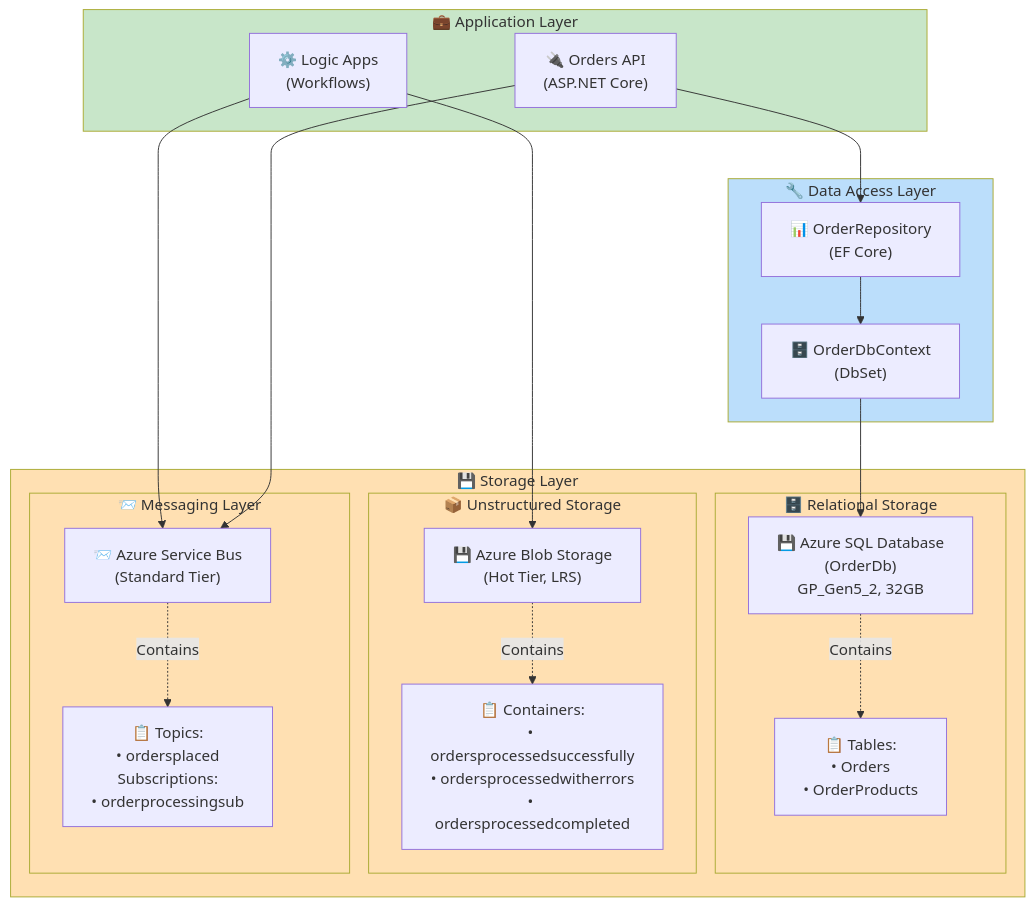
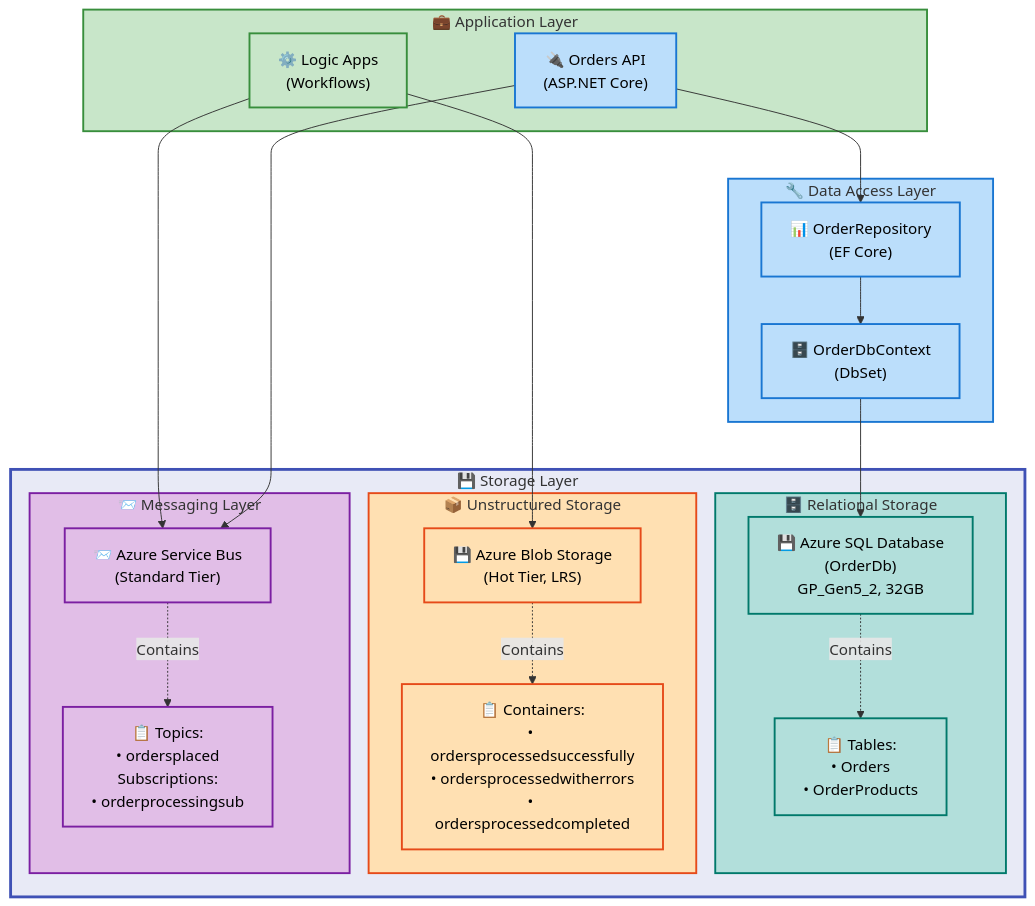
The seventh of 8 diagrams in docs/architecture/data-Architecture.md (Evilazaro/Azure-LogicApps-Monitoring), drawn with Mermaid before and after one commit. The commit also changed other lines of this file and 1 other file, not shown here.

Commit message:
docs: enhance color scheme documentation and accessibility features in data architecture diagrams

````diff
--- a/docs/architecture/data-Architecture.md
+++ b/docs/architecture/data-Architecture.md
@@ -802,54 +912,76 @@
 ```mermaid
 flowchart TB
     accTitle: Data Storage Architecture
     accDescr: Multi-tier storage architecture showing Azure SQL for transactional data, Blob Storage for archival, and Service Bus for messaging
 
+    %% ============================================
+    %% STANDARD COLOR SCHEME v2.1
+    %% ============================================
+    classDef level1Group fill:#E8EAF6,stroke:#3F51B5,stroke-width:3px,color:#000
+    classDef level2Group fill:#C5CAE9,stroke:#3F51B5,stroke-width:2px,color:#000
+    classDef level3Group fill:#9FA8DA,stroke:#3F51B5,stroke-width:2px,color:#000
+    classDef level4Group fill:#7986CB,stroke:#3F51B5,stroke-width:1px,color:#000
+    classDef mainGroup fill:#E8EAF6,stroke:#3F51B5,stroke-width:3px,color:#000
+    classDef subGroup fill:#C5CAE9,stroke:#3F51B5,stroke-width:2px,color:#000
+    classDef mdBlue fill:#BBDEFB,stroke:#1976D2,stroke-width:2px,color:#000
+    classDef mdGreen fill:#C8E6C9,stroke:#388E3C,stroke-width:2px,color:#000
+    classDef mdYellow fill:#FFF9C4,stroke:#F57F17,stroke-width:2px,color:#000
+    classDef mdRed fill:#FFCDD2,stroke:#D32F2F,stroke-width:2px,color:#000
+    classDef mdOrange fill:#FFE0B2,stroke:#E64A19,stroke-width:2px,color:#000
+    classDef mdPurple fill:#E1BEE7,stroke:#7B1FA2,stroke-width:2px,color:#000
+    classDef mdTeal fill:#B2DFDB,stroke:#00796B,stroke-width:2px,color:#000
+    classDef mdGrey fill:#F5F5F5,stroke:#616161,stroke-width:2px,color:#000
+
     %% Application Layer
     subgraph app["💼 Application Layer"]
-        api["🔌 Orders API<br/>(ASP.NET Core)"]
-        logicapp["⚙️ Logic Apps<br/>(Workflows)"]
+        api["🔌 Orders API<br/>(ASP.NET Core)"]:::mdBlue
+        logicapp["⚙️ Logic Apps<br/>(Workflows)"]:::mdGreen
     end
 
     %% Data Access Layer
     subgraph dal["🔧 Data Access Layer"]
-        repository["📊 OrderRepository<br/>(EF Core)"]
-        dbcontext["🗄️ OrderDbContext<br/>(DbSet<Order>)"]
+        repository["📊 OrderRepository<br/>(EF Core)"]:::mdBlue
+        dbcontext["🗄️ OrderDbContext<br/>(DbSet<Order>)"]:::mdBlue
     end
 
     %% Storage Layer
     subgraph storage["💾 Storage Layer"]
         subgraph relational["🗄️ Relational Storage"]
-            sql["💾 Azure SQL Database<br/>(OrderDb)<br/>GP_Gen5_2, 32GB"]
-            tables["📋 Tables:<br/>• Orders<br/>• OrderProducts"]
+            sql["💾 Azure SQL Database<br/>(OrderDb)<br/>GP_Gen5_2, 32GB"]:::mdTeal
+            tables["📋 Tables:<br/>• Orders<br/>• OrderProducts"]:::mdTeal
         end
 
         subgraph unstructured["📦 Unstructured Storage"]
-            blob["💾 Azure Blob Storage<br/>(Hot Tier, LRS)"]
-            containers["📋 Containers:<br/>• ordersprocessedsuccessfully<br/>• ordersprocessedwitherrors<br/>• ordersprocessedcompleted"]
+            blob["💾 Azure Blob Storage<br/>(Hot Tier, LRS)"]:::mdOrange
+            containers["📋 Containers:<br/>• ordersprocessedsuccessfully<br/>• ordersprocessedwitherrors<br/>• ordersprocessedcompleted"]:::mdOrange
         end
 
         subgraph messaging["📨 Messaging Layer"]
-            servicebus["📨 Azure Service Bus<br/>(Standard Tier)"]
-            topics["📋 Topics:<br/>• ordersplaced<br/>Subscriptions:<br/>• orderprocessingsub"]
+            servicebus["📨 Azure Service Bus<br/>(Standard Tier)"]:::mdPurple
+            topics["📋 Topics:<br/>• ordersplaced<br/>Subscriptions:<br/>• orderprocessingsub"]:::mdPurple
         end
     end
 
     %% Relationships
     api --> repository
     logicapp --> blob
     logicapp --> servicebus
     repository --> dbcontext
     dbcontext --> sql
     sql -.->|"Contains"| tables
     api --> servicebus
     blob -.->|"Contains"| containers
     servicebus -.->|"Contains"| topics
 
-    %% Styling
-    style app fill:#C8E6C9
-    style dal fill:#BBDEFB
-    style storage fill:#FFE0B2
-    style relational fill:#FFE0B2
-    style unstructured fill:#FFE0B2
-    style messaging fill:#FFE0B2
+    %% ============================================
+    %% SUBGRAPH STYLING (6 subgraphs = 6 style directives)
+    %% ============================================
+    style app fill:#C8E6C9,stroke:#388E3C,stroke-width:2px
+    style dal fill:#BBDEFB,stroke:#1976D2,stroke-width:2px
+    style storage fill:#E8EAF6,stroke:#3F51B5,stroke-width:3px
+    style relational fill:#B2DFDB,stroke:#00796B,stroke-width:2px
+    style unstructured fill:#FFE0B2,stroke:#E64A19,stroke-width:2px
+    style messaging fill:#E1BEE7,stroke:#7B1FA2,stroke-width:2px
+
+    %% Accessibility: WCAG AA verified (4.5:1 contrast ratio)
 ```
````
